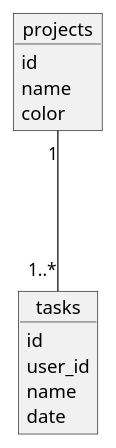
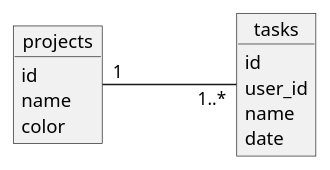
The diagram in AOO_DB.puml (rGreenData/todoc-master-), drawn with PlantUML before and after one commit. The commit also changed 12 other files, not shown here.

```diff
--- a/AOO_DB.puml
+++ b/AOO_DB.puml
@@ -1,15 +1,14 @@
 @startuml
 object projects
 projects : id
 projects : name
 projects : color
-
 
 object tasks
 tasks : id
 tasks : user_id
 tasks : name
 tasks : date
 
-projects "1" --- "1..*"  tasks
+projects "1" -right-  "    1..*"  tasks :"                   "
 @enduml
```
